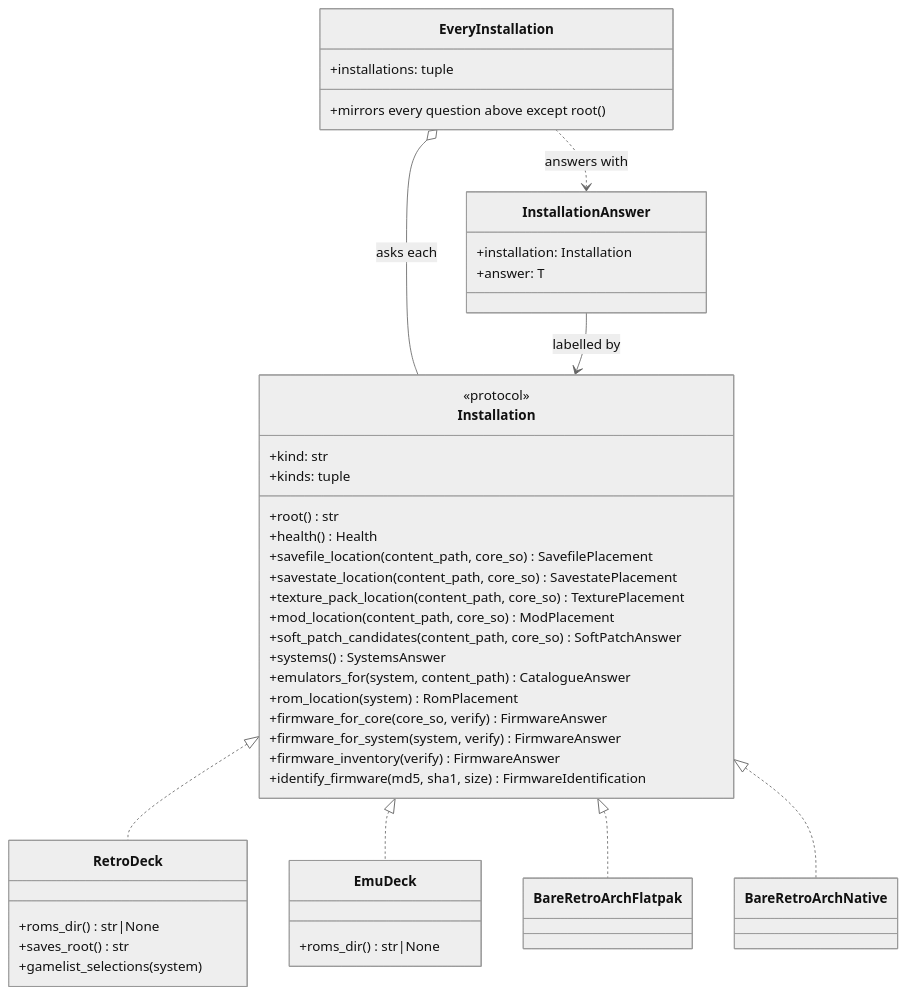
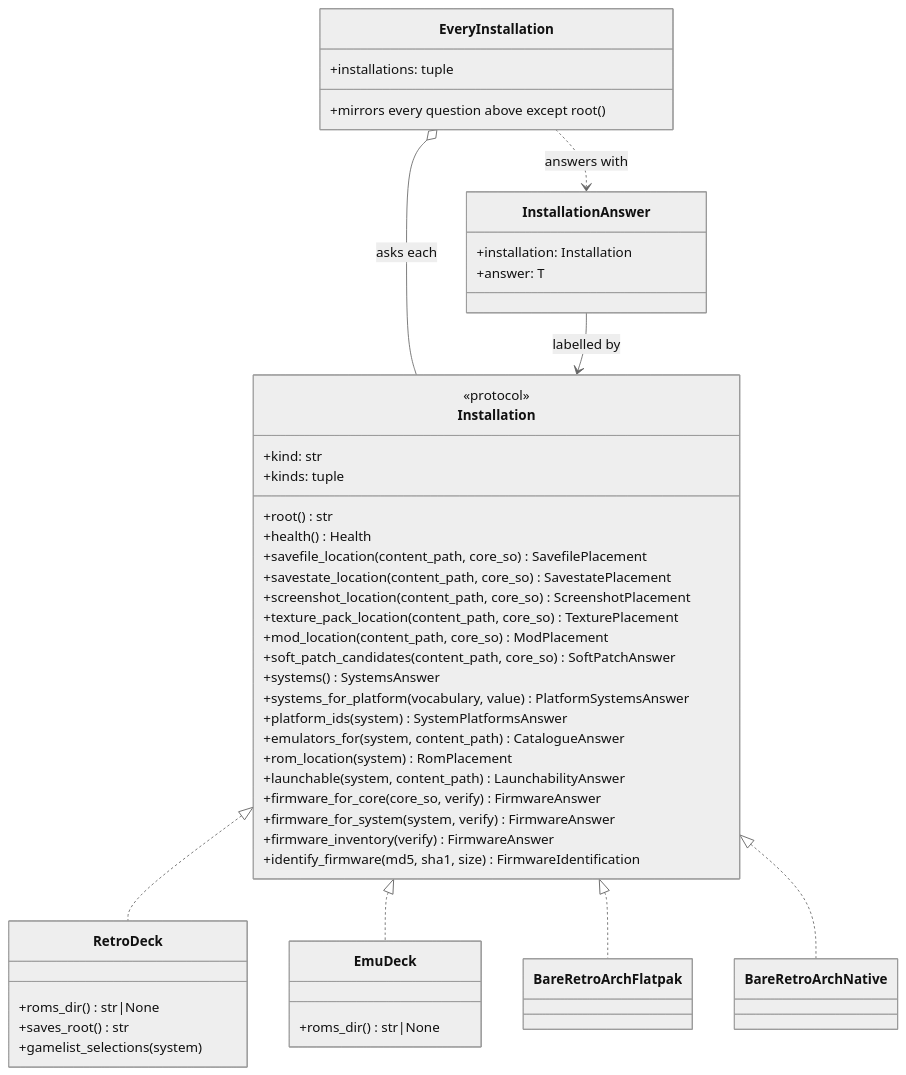
The second of 3 diagrams in docs/architecture.md (danielcopper/emu-atlas), drawn with Mermaid (neutral theme) before and after one commit. The commit also changed other lines of this file and 7 other files, not shown here.

````diff
--- a/docs/architecture.md
+++ b/docs/architecture.md
@@ -60,48 +60,52 @@
 ```mermaid
 classDiagram
     class Installation {
         <<protocol>>
         +kind: str
         +kinds: tuple
         +root() str
         +health() Health
         +savefile_location(content_path, core_so) SavefilePlacement
         +savestate_location(content_path, core_so) SavestatePlacement
+        +screenshot_location(content_path, core_so) ScreenshotPlacement
         +texture_pack_location(content_path, core_so) TexturePlacement
         +mod_location(content_path, core_so) ModPlacement
         +soft_patch_candidates(content_path, core_so) SoftPatchAnswer
         +systems() SystemsAnswer
+        +systems_for_platform(vocabulary, value) PlatformSystemsAnswer
+        +platform_ids(system) SystemPlatformsAnswer
         +emulators_for(system, content_path) CatalogueAnswer
         +rom_location(system) RomPlacement
+        +launchable(system, content_path) LaunchabilityAnswer
         +firmware_for_core(core_so, verify) FirmwareAnswer
         +firmware_for_system(system, verify) FirmwareAnswer
         +firmware_inventory(verify) FirmwareAnswer
         +identify_firmware(md5, sha1, size) FirmwareIdentification
     }
     class RetroDeck {
         +roms_dir() str|None
         +saves_root() str
         +gamelist_selections(system)
     }
     class EmuDeck {
         +roms_dir() str|None
     }
     class BareRetroArchFlatpak
     class BareRetroArchNative
     class EveryInstallation {
         +installations: tuple
         +mirrors every question above except root()
     }
     class InstallationAnswer {
         +installation: Installation
         +answer: T
     }
 
     Installation <|.. RetroDeck
     Installation <|.. EmuDeck
     Installation <|.. BareRetroArchFlatpak
     Installation <|.. BareRetroArchNative
     EveryInstallation o-- Installation : asks each
     EveryInstallation ..> InstallationAnswer : answers with
     InstallationAnswer --> Installation : labelled by
 ```
````
